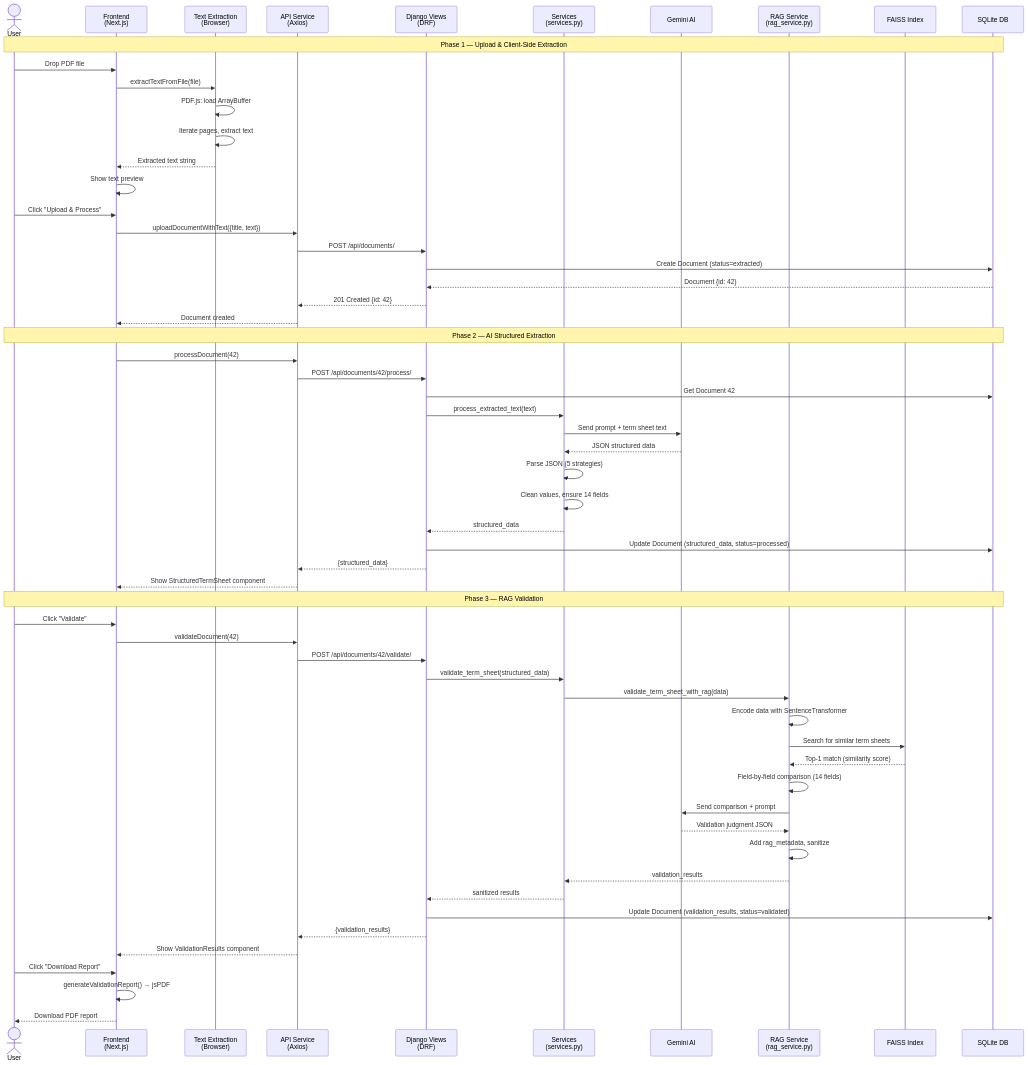
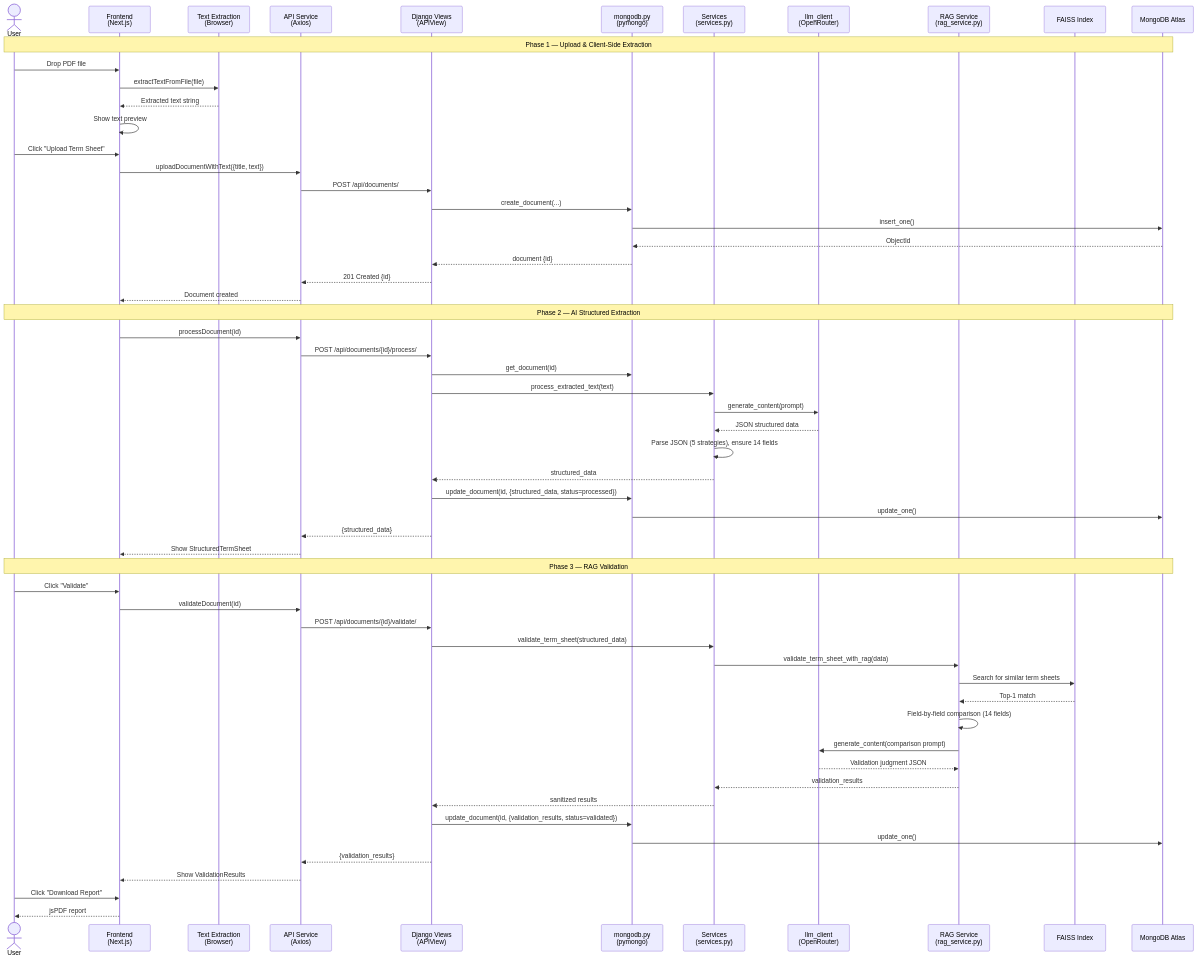
The fourth of 5 diagrams in DOCUMENTATION.md (Atharva-Dhavale/NeuroLex), drawn with Mermaid before and after one commit. The commit also changed other lines of this file and 37 other files, not shown here.

````diff
--- a/DOCUMENTATION.md
+++ b/DOCUMENTATION.md
@@ -627,69 +602,63 @@
 ```mermaid
 sequenceDiagram
     actor User
     participant UI as Frontend<br/>(Next.js)
     participant Extract as Text Extraction<br/>(Browser)
     participant API as API Service<br/>(Axios)
-    participant Views as Django Views<br/>(DRF)
+    participant Views as Django Views<br/>(APIView)
+    participant Mongo as mongodb.py<br/>(pymongo)
     participant Svc as Services<br/>(services.py)
-    participant Gemini as Gemini AI
+    participant LLM as llm_client<br/>(OpenRouter)
     participant RAG as RAG Service<br/>(rag_service.py)
     participant FAISS as FAISS Index
-    participant DB as SQLite DB
+    participant Atlas as MongoDB Atlas
 
-    Note over User,DB: Phase 1 — Upload & Client-Side Extraction
-
+    Note over User,Atlas: Phase 1 — Upload & Client-Side Extraction
     User->>UI: Drop PDF file
     UI->>Extract: extractTextFromFile(file)
-    Extract->>Extract: PDF.js: load ArrayBuffer
-    Extract->>Extract: Iterate pages, extract text
     Extract-->>UI: Extracted text string
     UI->>UI: Show text preview
-
-    User->>UI: Click "Upload & Process"
+    User->>UI: Click "Upload Term Sheet"
     UI->>API: uploadDocumentWithText({title, text})
     API->>Views: POST /api/documents/
-    Views->>DB: Create Document (status=extracted)
-    DB-->>Views: Document {id: 42}
-    Views-->>API: 201 Created {id: 42}
+    Views->>Mongo: create_document(...)
+    Mongo->>Atlas: insert_one()
+    Atlas-->>Mongo: ObjectId
+    Mongo-->>Views: document {id}
+    Views-->>API: 201 Created {id}
     API-->>UI: Document created
 
-    Note over User,DB: Phase 2 — AI Structured Extraction
+    Note over User,Atlas: Phase 2 — AI Structured Extraction
+    UI->>API: processDocument(id)
+    API->>Views: POST /api/documents/{id}/process/
+    Views->>Mongo: get_document(id)
+    Views->>Svc: process_extracted_text(text)
+    Svc->>LLM: generate_content(prompt)
+    LLM-->>Svc: JSON structured data
+    Svc->>Svc: Parse JSON (5 strategies), ensure 14 fields
+    Svc-->>Views: structured_data
+    Views->>Mongo: update_document(id, {structured_data, status=processed})
+    Mongo->>Atlas: update_one()
+    Views-->>API: {structured_data}
+    API-->>UI: Show StructuredTermSheet
 
-    UI->>API: processDocument(42)
-    API->>Views: POST /api/documents/42/process/
-    Views->>DB: Get Document 42
-    Views->>Svc: process_extracted_text(text)
-    Svc->>Gemini: Send prompt + term sheet text
-    Gemini-->>Svc: JSON structured data
-    Svc->>Svc: Parse JSON (5 strategies)
-    Svc->>Svc: Clean values, ensure 14 fields
-    Svc-->>Views: structured_data
-    Views->>DB: Update Document (structured_data, status=processed)
-    Views-->>API: {structured_data}
-    API-->>UI: Show StructuredTermSheet component
-
-    Note over User,DB: Phase 3 — RAG Validation
-
+    Note over User,Atlas: Phase 3 — RAG Validation
     User->>UI: Click "Validate"
-    UI->>API: validateDocument(42)
-    API->>Views: POST /api/documents/42/validate/
+    UI->>API: validateDocument(id)
+    API->>Views: POST /api/documents/{id}/validate/
     Views->>Svc: validate_term_sheet(structured_data)
     Svc->>RAG: validate_term_sheet_with_rag(data)
-    RAG->>RAG: Encode data with SentenceTransformer
     RAG->>FAISS: Search for similar term sheets
-    FAISS-->>RAG: Top-1 match (similarity score)
+    FAISS-->>RAG: Top-1 match
     RAG->>RAG: Field-by-field comparison (14 fields)
-    RAG->>Gemini: Send comparison + prompt
-    Gemini-->>RAG: Validation judgment JSON
-    RAG->>RAG: Add rag_metadata, sanitize
+    RAG->>LLM: generate_content(comparison prompt)
+    LLM-->>RAG: Validation judgment JSON
     RAG-->>Svc: validation_results
     Svc-->>Views: sanitized results
-    Views->>DB: Update Document (validation_results, status=validated)
+    Views->>Mongo: update_document(id, {validation_results, status=validated})
+    Mongo->>Atlas: update_one()
     Views-->>API: {validation_results}
-    API-->>UI: Show ValidationResults component
-
+    API-->>UI: Show ValidationResults
     User->>UI: Click "Download Report"
-    UI->>UI: generateValidationReport() → jsPDF
-    UI-->>User: Download PDF report
+    UI-->>User: jsPDF report
 ```
````
